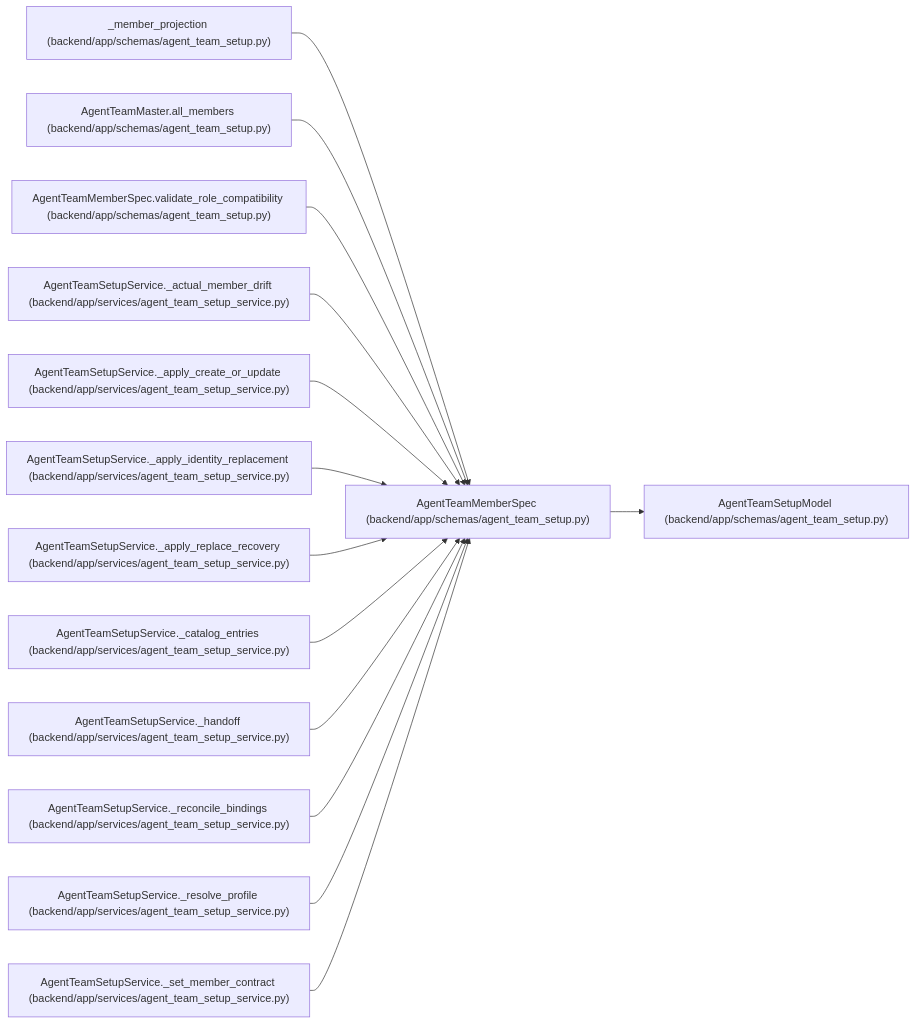
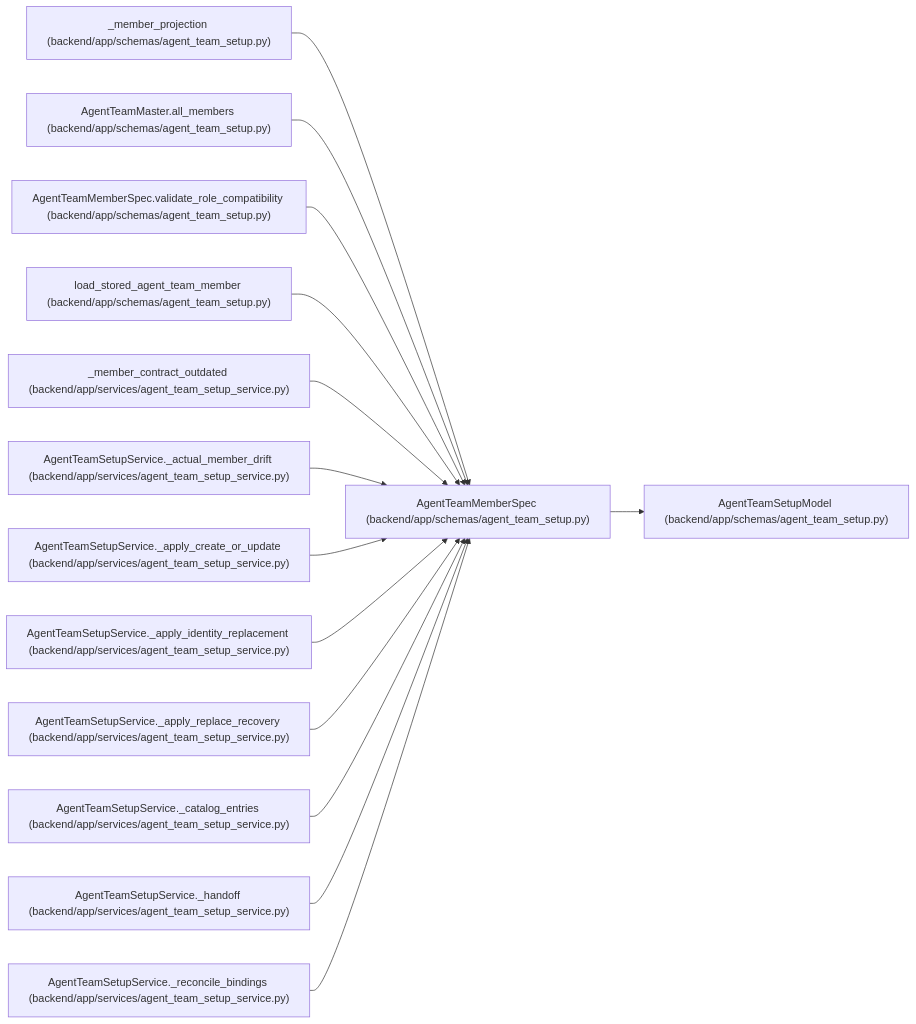
Before and after one commit to Denissvgn/WorkChord: the diagram in docs/llm_wiki/entities/agent_team_setup_AgentTeamMemberSpec.md, drawn with Mermaid. The commit also changed other lines of this file and 829 other files, not shown here.

Commit message:
docs(wiki): refresh for team contracts stored under earlier role rules

````diff
--- a/docs/llm_wiki/entities/agent_team_setup_AgentTeamMemberSpec.md
+++ b/docs/llm_wiki/entities/agent_team_setup_AgentTeamMemberSpec.md
@@ -51,44 +55,44 @@
 ```mermaid
 flowchart LR
     n0["AgentTeamMemberSpec (backend/app/schemas/agent_team_setup.py)"]
     n1["AgentTeamSetupModel (backend/app/schemas/agent_team_setup.py)"]
     n2["_member_projection (backend/app/schemas/agent_team_setup.py)"]
     n3["AgentTeamMaster.all_members (backend/app/schemas/agent_team_setup.py)"]
     n4["AgentTeamMemberSpec.validate_role_compatibility (backend/app/schemas/agent_team_setup.py)"]
-    n5["AgentTeamSetupService._actual_member_drift (backend/app/services/agent_team_setup_service.py)"]
-    n6["AgentTeamSetupService._apply_create_or_update (backend/app/services/agent_team_setup_service.py)"]
-    n7["AgentTeamSetupService._apply_identity_replacement (backend/app/services/agent_team_setup_service.py)"]
-    n8["AgentTeamSetupService._apply_replace_recovery (backend/app/services/agent_team_setup_service.py)"]
-    n9["AgentTeamSetupService._catalog_entries (backend/app/services/agent_team_setup_service.py)"]
-    n10["AgentTeamSetupService._handoff (backend/app/services/agent_team_setup_service.py)"]
-    n11["AgentTeamSetupService._reconcile_bindings (backend/app/services/agent_team_setup_service.py)"]
-    n12["AgentTeamSetupService._resolve_profile (backend/app/services/agent_team_setup_service.py)"]
-    n13["AgentTeamSetupService._set_member_contract (backend/app/services/agent_team_setup_service.py)"]
+    n5["load_stored_agent_team_member (backend/app/schemas/agent_team_setup.py)"]
+    n6["_member_contract_outdated (backend/app/services/agent_team_setup_service.py)"]
+    n7["AgentTeamSetupService._actual_member_drift (backend/app/services/agent_team_setup_service.py)"]
+    n8["AgentTeamSetupService._apply_create_or_update (backend/app/services/agent_team_setup_service.py)"]
+    n9["AgentTeamSetupService._apply_identity_replacement (backend/app/services/agent_team_setup_service.py)"]
+    n10["AgentTeamSetupService._apply_replace_recovery (backend/app/services/agent_team_setup_service.py)"]
+    n11["AgentTeamSetupService._catalog_entries (backend/app/services/agent_team_setup_service.py)"]
+    n12["AgentTeamSetupService._handoff (backend/app/services/agent_team_setup_service.py)"]
+    n13["AgentTeamSetupService._reconcile_bindings (backend/app/services/agent_team_setup_service.py)"]
     n0 --> n1
     n2 --> n0
     n3 --> n0
     n4 --> n0
     n5 --> n0
     n6 --> n0
     n7 --> n0
     n8 --> n0
     n9 --> n0
     n10 --> n0
     n11 --> n0
     n12 --> n0
     n13 --> n0
     click n0 "../modules/agent_team_setup.md"
     click n1 "../modules/agent_team_setup.md"
     click n2 "../modules/agent_team_setup.md"
     click n3 "../modules/agent_team_setup.md"
     click n4 "../modules/agent_team_setup.md"
-    click n5 "../modules/agent_team_setup_service.md"
+    click n5 "../modules/agent_team_setup.md"
     click n6 "../modules/agent_team_setup_service.md"
     click n7 "../modules/agent_team_setup_service.md"
     click n8 "../modules/agent_team_setup_service.md"
     click n9 "../modules/agent_team_setup_service.md"
     click n10 "../modules/agent_team_setup_service.md"
     click n11 "../modules/agent_team_setup_service.md"
     click n12 "../modules/agent_team_setup_service.md"
     click n13 "../modules/agent_team_setup_service.md"
 ```
````
